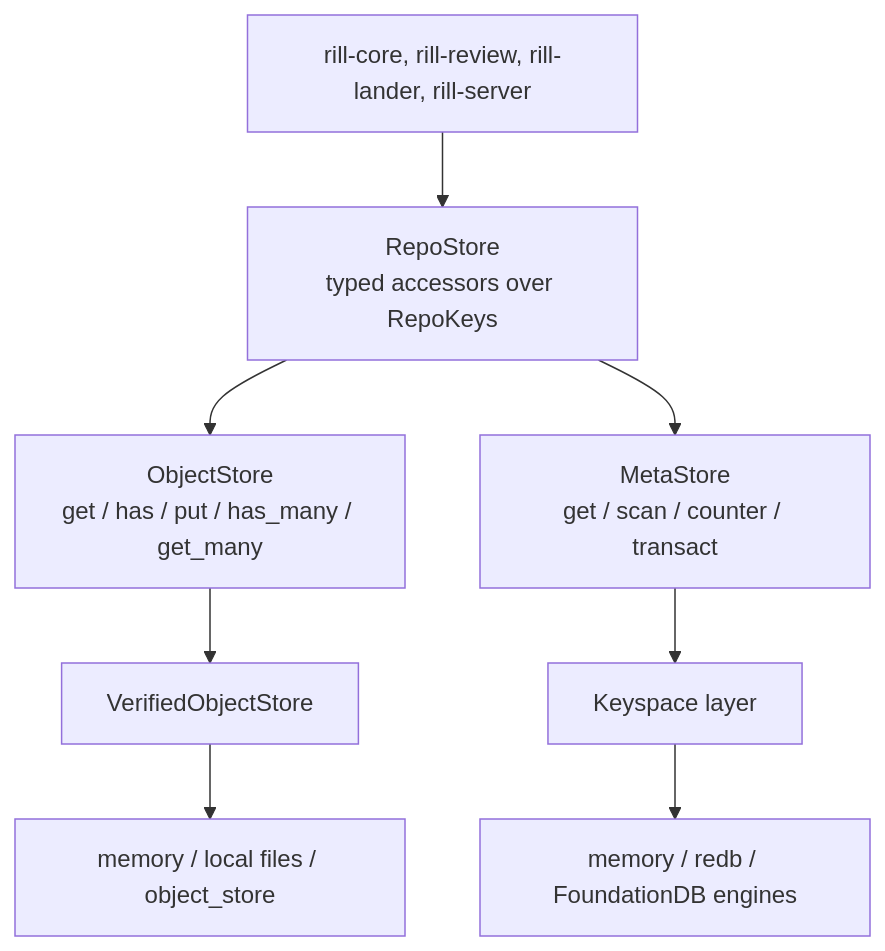
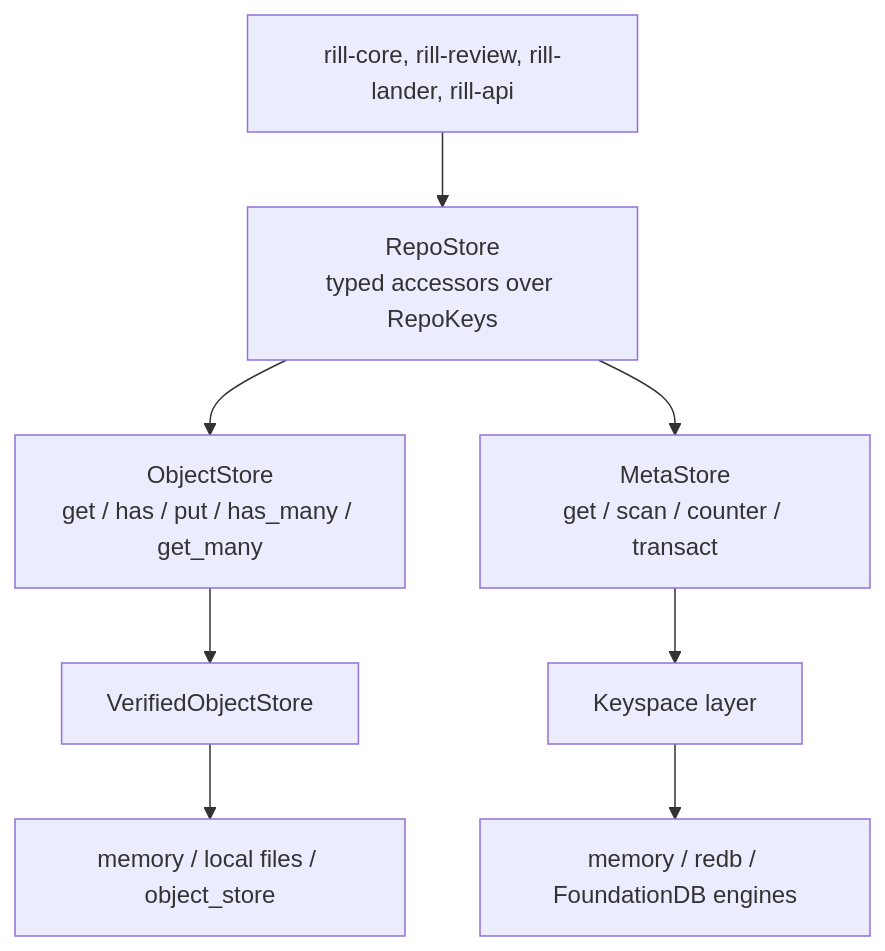
The diagram in architecture/02-data/storage-and-keyspace.md (envoy1084/rill), drawn with Mermaid before and after one commit. The commit also changed other lines of this file and 116 other files, not shown here.

First line of the commit message:
api,cli: rename rill-server to rill-api; rill dev and rill api replace the server binary

````diff
--- a/architecture/02-data/storage-and-keyspace.md
+++ b/architecture/02-data/storage-and-keyspace.md
@@ -10,8 +10,8 @@
 ```mermaid
 flowchart TD
-    SVC["rill-core, rill-review, rill-lander, rill-server"] --> RS["RepoStore<br/>typed accessors over RepoKeys"]
+    SVC["rill-core, rill-review, rill-lander, rill-api"] --> RS["RepoStore<br/>typed accessors over RepoKeys"]
     RS --> OS["ObjectStore<br/>get / has / put / has_many / get_many"]
     RS --> MS["MetaStore<br/>get / scan / counter / transact"]
     OS --> V["VerifiedObjectStore"] --> MO["memory / local files / object_store"]
     MS --> KS["Keyspace layer"] --> EN["memory / redb / FoundationDB engines"]
 ```
````
